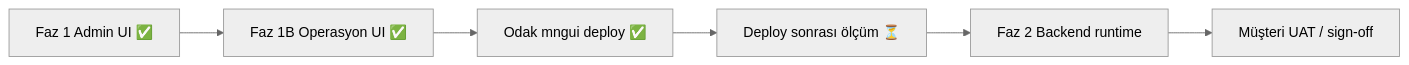
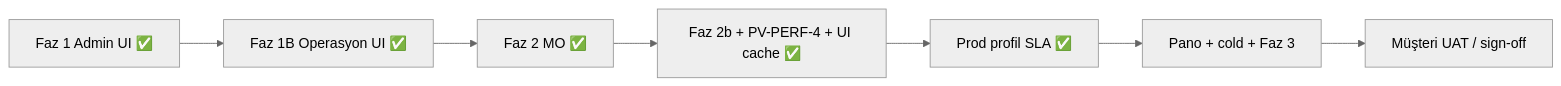
One commit to serkanmeral/MonitraNG changed the diagram in docs/odak/diagnostic/OPERATIONAL_WORKSPACE_PERF.md. Above: the diagram before and after it, drawn with Mermaid (neutral theme). The commit also changed other lines of this file and 24 other files, not shown here.

First line of the commit message:
perf(operation-core): RuntimeContext DG cagri azaltma ve diagnostic baseline

````diff
--- a/docs/odak/diagnostic/OPERATIONAL_WORKSPACE_PERF.md
+++ b/docs/odak/diagnostic/OPERATIONAL_WORKSPACE_PERF.md
@@ -163,8 +169,9 @@
 ```mermaid
 flowchart LR
   A[Faz 1 Admin UI ✅] --> B[Faz 1B Operasyon UI ✅]
-  B --> C[Odak mngui deploy ✅]
-  C --> D[Deploy sonrası ölçüm ⏳]
-  D --> E[Faz 2 Backend runtime]
-  E --> F[Müşteri UAT / sign-off]
+  B --> C[Faz 2 MO ✅]
+  C --> D[Faz 2b + PV-PERF-4 + UI cache ✅]
+  D --> E[Prod profil SLA ✅]
+  E --> F[Pano + cold + Faz 3]
+  F --> G[Müşteri UAT / sign-off]
 ```
````
